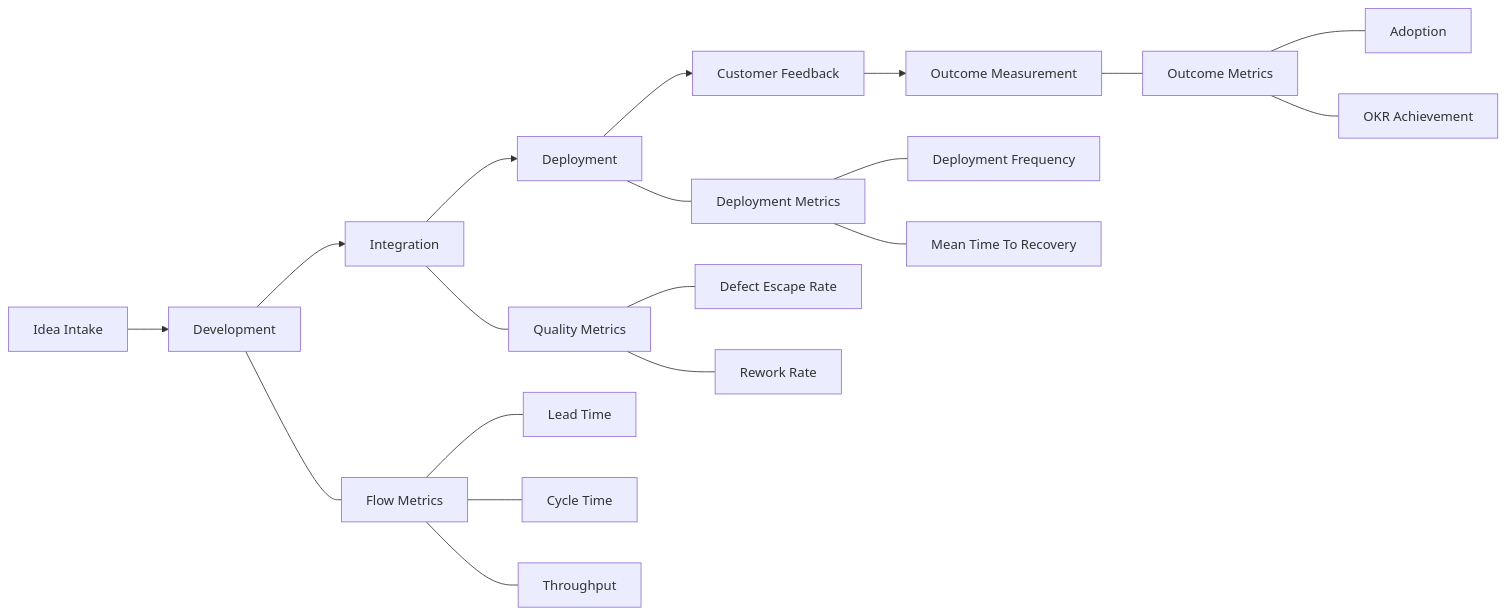
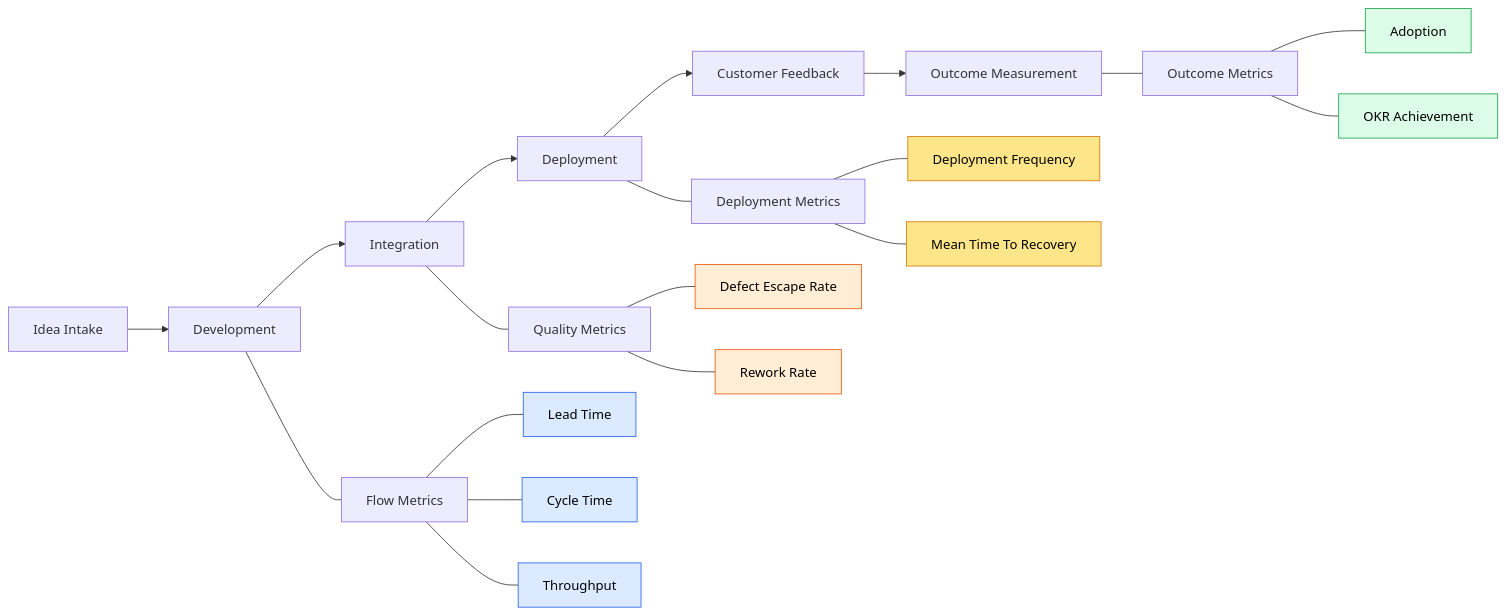
One commit to awsvkvims/agile-playbook changed the diagram in docs/metrics/METRICS_FRAMEWORK.md. Above: the diagram before and after it, drawn with Mermaid. The commit also changed 1 other file, not shown here.

Commit message:
improve metrics and dashboard diagrams with grouping and color

```diff
--- a/docs/metrics/METRICS_FRAMEWORK.md
+++ b/docs/metrics/METRICS_FRAMEWORK.md
@@ -19,27 +19,37 @@
 <div class="mermaid">
 flowchart LR
 
 A[Idea Intake] --> B[Development]
 B --> C[Integration]
 C --> D[Deployment]
 D --> E[Customer Feedback]
 E --> F[Outcome Measurement]
 
 B --- F1[Flow Metrics]
 C --- Q1[Quality Metrics]
 D --- D1[Deployment Metrics]
 F --- O1[Outcome Metrics]
 
 F1 --- F2[Lead Time]
 F1 --- F3[Cycle Time]
 F1 --- F4[Throughput]
 
 Q1 --- Q2[Defect Escape Rate]
 Q1 --- Q3[Rework Rate]
 
 D1 --- D2[Deployment Frequency]
 D1 --- D3[Mean Time To Recovery]
 
 O1 --- O2[Adoption]
 O1 --- O3[OKR Achievement]
+
+classDef flow fill:#dbeafe,stroke:#2563eb,color:#000;
+classDef quality fill:#ffedd5,stroke:#ea580c,color:#000;
+classDef deploy fill:#fde68a,stroke:#d97706,color:#000;
+classDef value fill:#dcfce7,stroke:#16a34a,color:#000;
+
+class F2,F3,F4 flow
+class Q2,Q3 quality
+class D2,D3 deploy
+class O2,O3 value
 </div>
```
